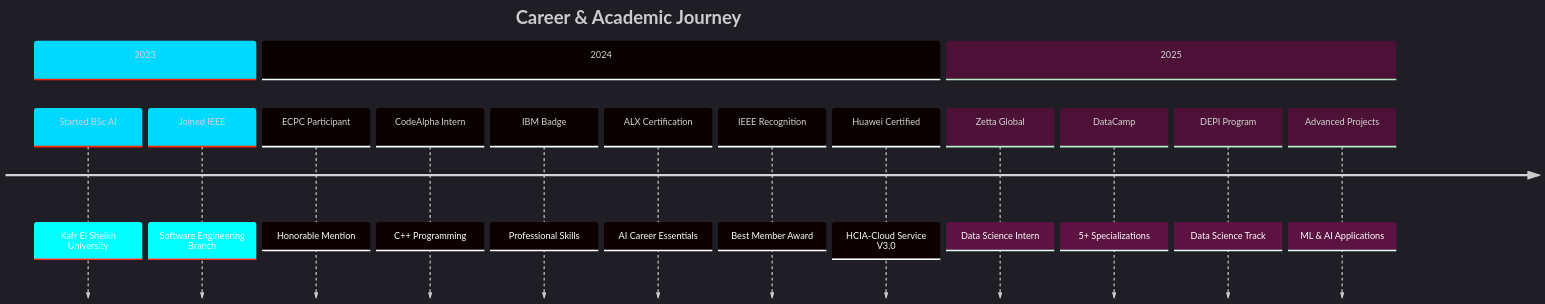
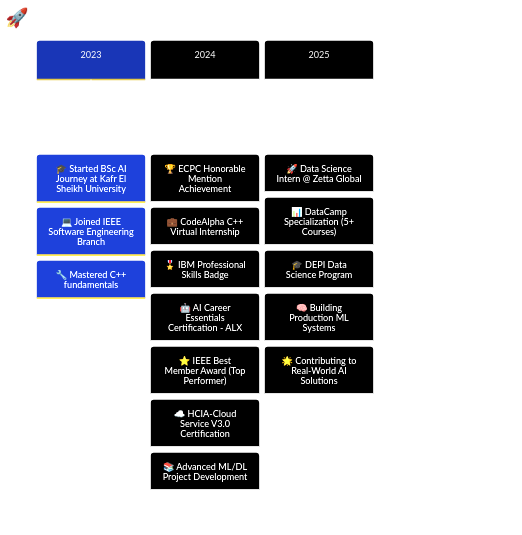
The diagram in README.md (Nadercr7/Nadercr7), drawn with Mermaid before and after one commit. The commit also changed other lines of this file, not shown here.

````diff
--- a/README.md
+++ b/README.md
@@ -426,23 +540,23 @@
 ```mermaid
-%%{init: {'theme':'dark', 'themeVariables': {'primaryColor':'#00D9FF', 'primaryTextColor':'#fff', 'primaryBorderColor':'#00D9FF', 'lineColor':'#00D9FF', 'secondaryColor':'#0D1117', 'tertiaryColor':'#1C2128', 'fontFamily':'JetBrains Mono'}}}%%
+%%{init: {'theme':'base', 'themeVariables': { 'primaryColor':'#667eea', 'primaryTextColor':'#fff', 'primaryBorderColor':'#f093fb', 'lineColor':'#764ba2', 'secondaryColor':'#0D1117', 'tertiaryColor':'#1C2128', 'background':'#0D1117', 'mainBkg':'#667eea', 'secondBkg':'#764ba2', 'tertiaryBkg':'#f093fb'}}}%%
 timeline
-    title Career & Academic Journey
+    title 🚀 Career Evolution & Milestones
     
-    section 2023
-        Started BSc AI : Kafr El Sheikh University
-        Joined IEEE : Software Engineering Branch
+    2023 : 🎓 Started BSc AI Journey at Kafr El Sheikh University
+         : 💻 Joined IEEE Software Engineering Branch
+         : 🔧 Mastered C++ fundamentals
     
-    section 2024
-        ECPC Participant : Honorable Mention
-        CodeAlpha Intern : C++ Programming
-        IBM Badge : Professional Skills
-        ALX Certification : AI Career Essentials
-        IEEE Recognition : Best Member Award
-        Huawei Certified : HCIA-Cloud Service V3.0
+    2024 : 🏆 ECPC Honorable Mention Achievement
+         : 💼 CodeAlpha C++ Virtual Internship
+         : 🎖️ IBM Professional Skills Badge
+         : 🤖 AI Career Essentials Certification - ALX
+         : ⭐ IEEE Best Member Award (Top Performer)
+         : ☁️ HCIA-Cloud Service V3.0 Certification
+         : 📚 Advanced ML/DL Project Development
     
-    section 2025
-        Zetta Global : Data Science Intern
-        DataCamp : 5+ Specializations
-        DEPI Program : Data Science Track
-        Advanced Projects : ML & AI Applications
+    2025 : 🚀 Data Science Intern @ Zetta Global
+         : 📊 DataCamp Specialization (5+ Courses)
+         : 🎓 DEPI Data Science Program
+         : 🧠 Building Production ML Systems
+         : 🌟 Contributing to Real-World AI Solutions
 ```
````
